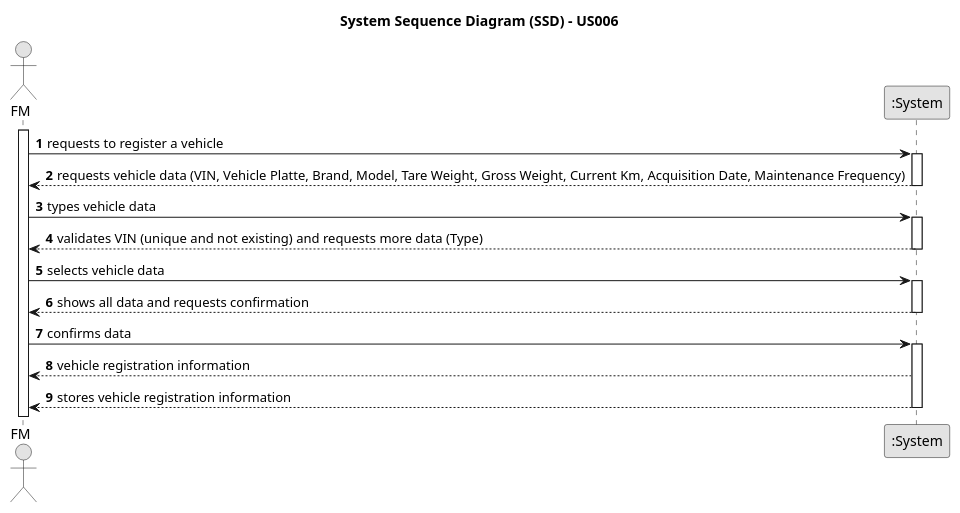
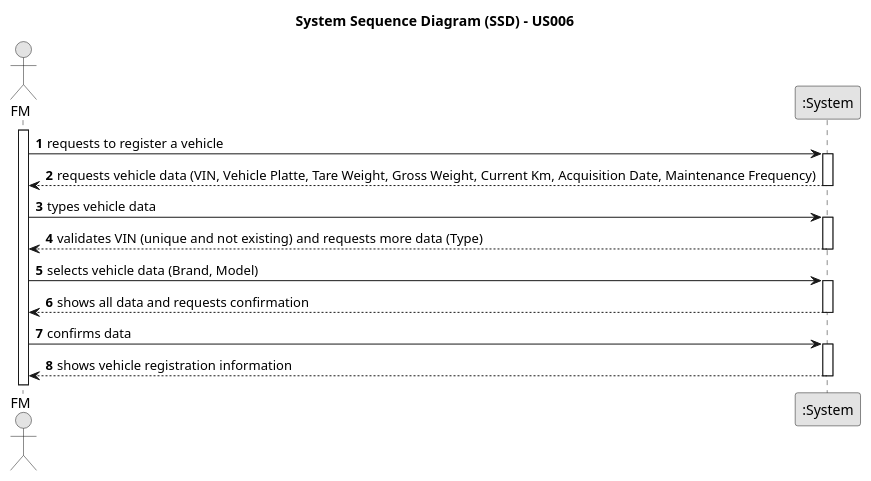
Before and after one commit to ricardomm7/leaflink: the diagram in docs/sprintA/us006/01.requirements-engineering/puml/us006-system-sequence-diagram-alternative-one.puml, drawn with PlantUML. The commit also changed 17 other files, not shown here.

```diff
--- a/docs/sprintA/us006/01.requirements-engineering/puml/us006-system-sequence-diagram-alternative-one.puml
+++ b/docs/sprintA/us006/01.requirements-engineering/puml/us006-system-sequence-diagram-alternative-one.puml
@@ -1,40 +1,39 @@
 @startuml
 skinparam monochrome true
 skinparam packageStyle rectangle
 skinparam shadowing false
 
 title System Sequence Diagram (SSD) - US006
 
 autonumber
 
 actor "FM" as FM
 participant ":System" as System
 
 activate FM
 
     FM -> System : requests to register a vehicle
     activate System
 
-        System --> FM : requests vehicle data (VIN, Vehicle Platte, Brand, Model, Tare Weight, Gross Weight, Current Km, Acquisition Date, Maintenance Frequency)
+        System --> FM : requests vehicle data (VIN, Vehicle Platte, Tare Weight, Gross Weight, Current Km, Acquisition Date, Maintenance Frequency)
     deactivate System
 
     FM -> System : types vehicle data
     activate System
 
         System --> FM : validates VIN (unique and not existing) and requests more data (Type)
     deactivate System
 
-    FM -> System : selects vehicle data
+    FM -> System : selects vehicle data (Brand, Model)
         activate System
 
         System --> FM : shows all data and requests confirmation
     deactivate System
 
     FM -> System : confirms data
     activate System
 
-        System --> FM :  vehicle registration information
-        System --> FM : stores vehicle registration information
+        System --> FM :  shows vehicle registration information
     deactivate System
 
 @enduml
```
